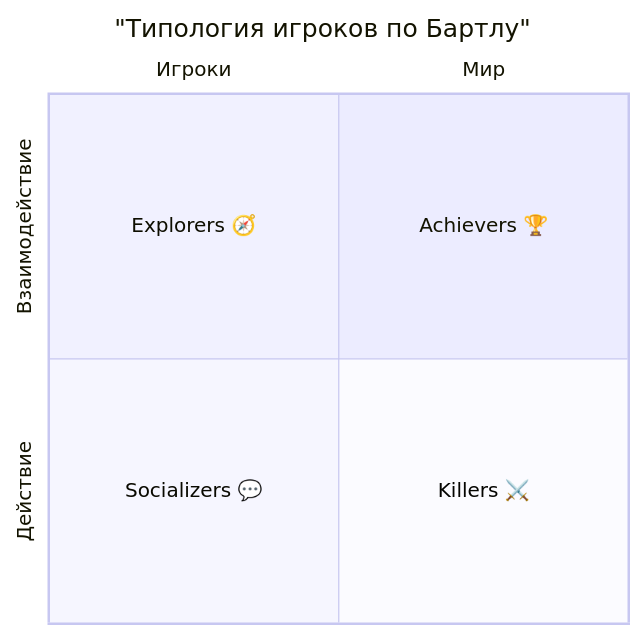
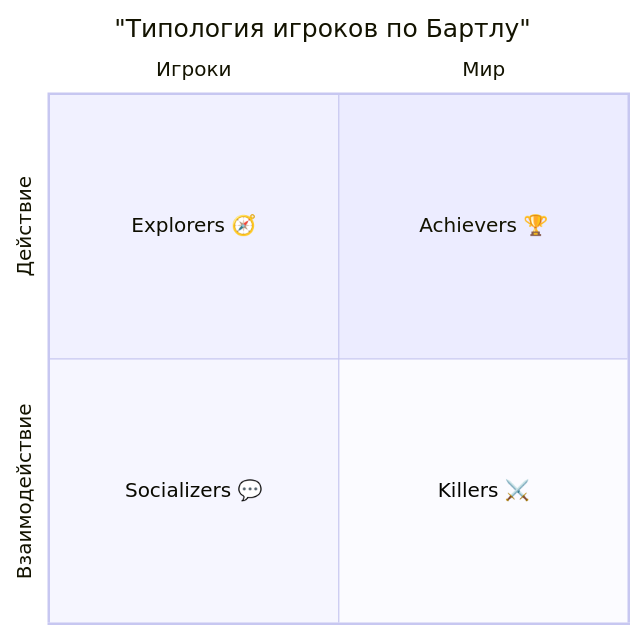
Before and after one commit to TrEtLiz/prepod: the second of 2 diagrams in prepod/topics/ru/lec3.md, drawn with Mermaid.

````diff
--- a/prepod/topics/ru/lec3.md
+++ b/prepod/topics/ru/lec3.md
@@ -181,10 +181,10 @@
 ```mermaid
 quadrantChart
     title "Типология игроков по Бартлу"
     x-axis "Игроки" --> "Мир"
-    y-axis "Действие" --> "Взаимодействие"
+    y-axis "Взаимодействие" --> "Действие"
     quadrant-1 "Achievers 🏆"
     quadrant-2 "Explorers 🧭"
     quadrant-3 "Socializers 💬"
     quadrant-4 "Killers ⚔️"
 ```
````
